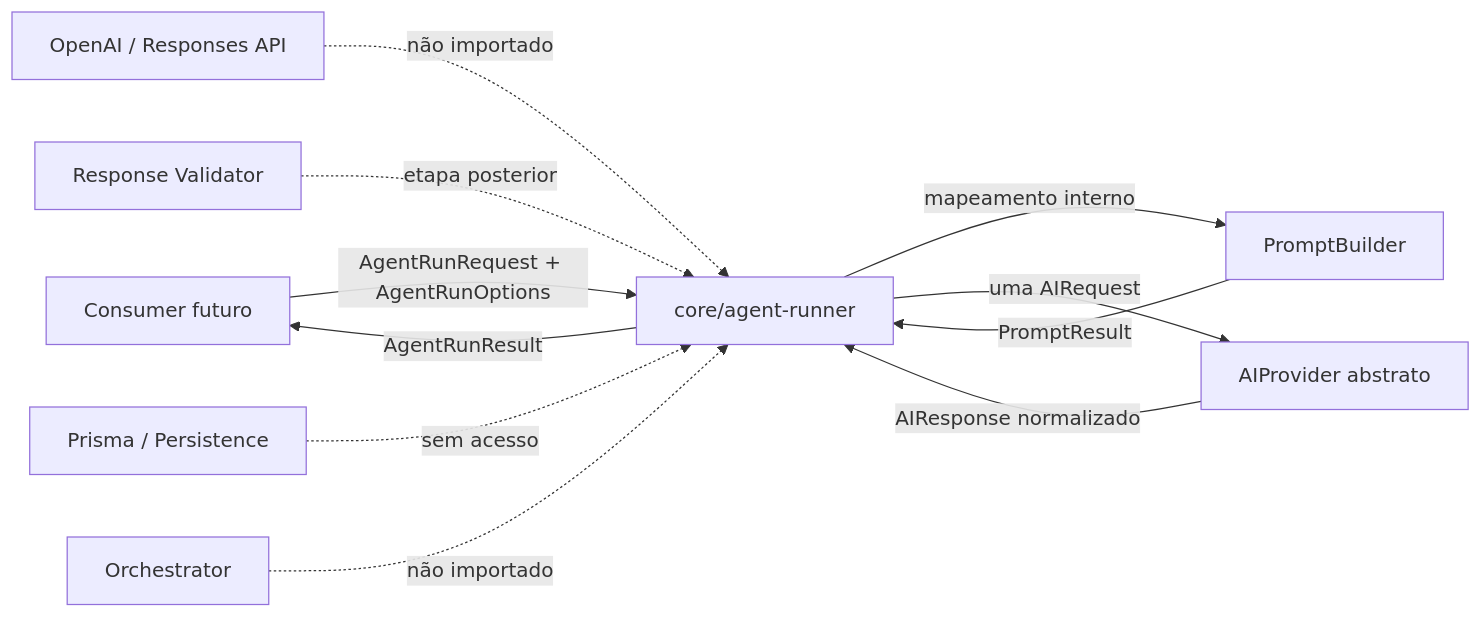
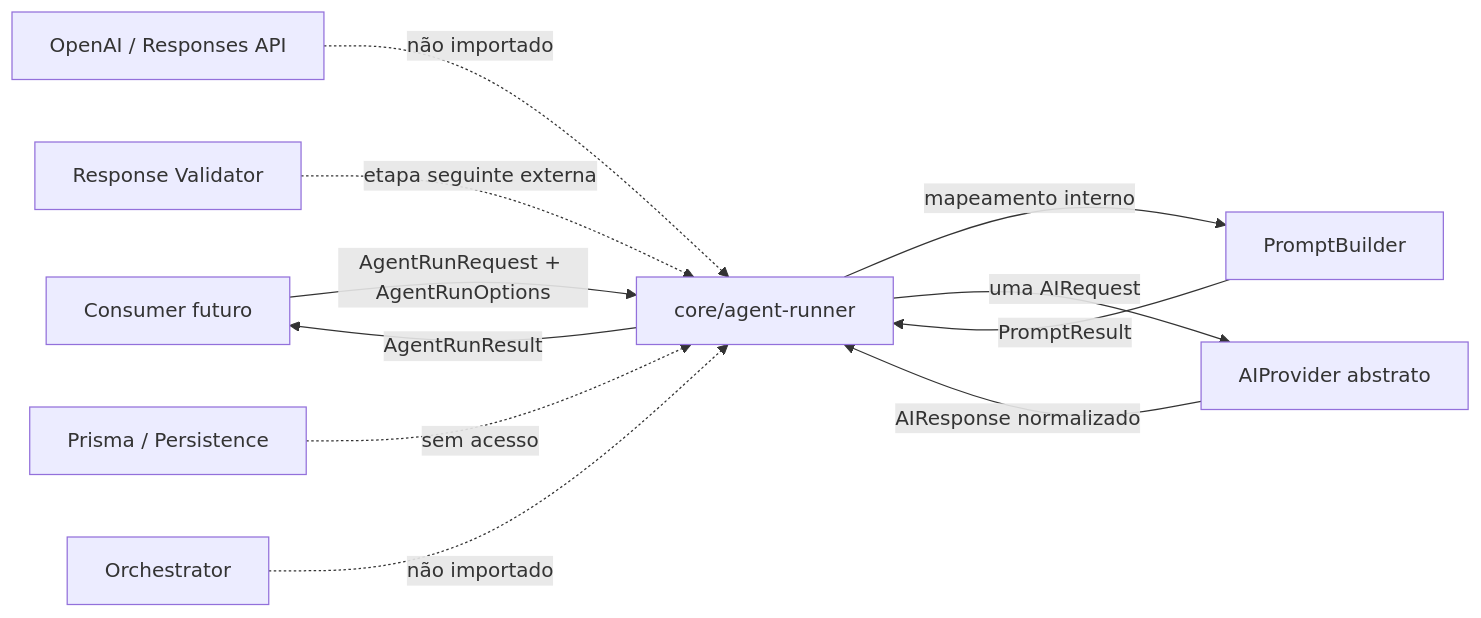
One commit to felipet66/brq-ai-factory changed the first of 8 diagrams in knowledge/28-AGENT_RUNNER_FLOW.md. Above: the diagram before and after it, drawn with Mermaid. The commit also changed other lines of this file and 55 other files, not shown here.

First line of the commit message:
feat(sprint-7): implement response validator

````diff
--- a/knowledge/28-AGENT_RUNNER_FLOW.md
+++ b/knowledge/28-AGENT_RUNNER_FLOW.md
@@ -13,14 +13,14 @@
 ```mermaid
 flowchart LR
     CALLER["Consumer futuro"] -->|"AgentRunRequest + AgentRunOptions"| RUNNER["core/agent-runner"]
     RUNNER -->|"mapeamento interno"| BUILDER["PromptBuilder"]
     BUILDER -->|"PromptResult"| RUNNER
     RUNNER -->|"uma AIRequest"| PROVIDER["AIProvider abstrato"]
     PROVIDER -->|"AIResponse normalizado"| RUNNER
     RUNNER -->|"AgentRunResult"| CALLER
 
     OPENAI["OpenAI / Responses API"] -.->|"não importado"| RUNNER
-    VALIDATOR["Response Validator"] -.->|"etapa posterior"| RUNNER
+    VALIDATOR["Response Validator"] -.->|"etapa seguinte externa"| RUNNER
     DB["Prisma / Persistence"] -.->|"sem acesso"| RUNNER
     ORC["Orchestrator"] -.->|"não importado"| RUNNER
 ```
````
